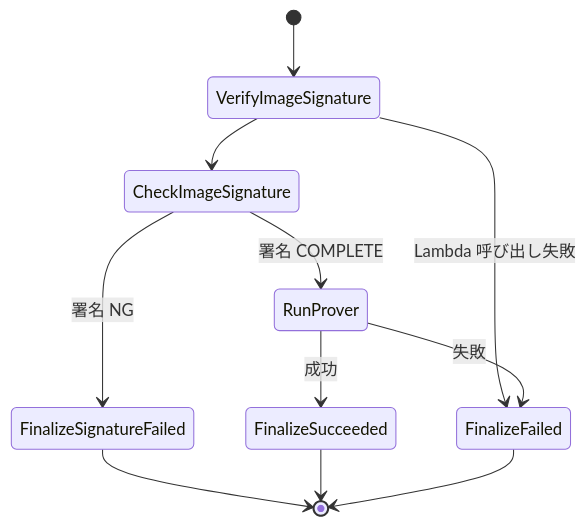
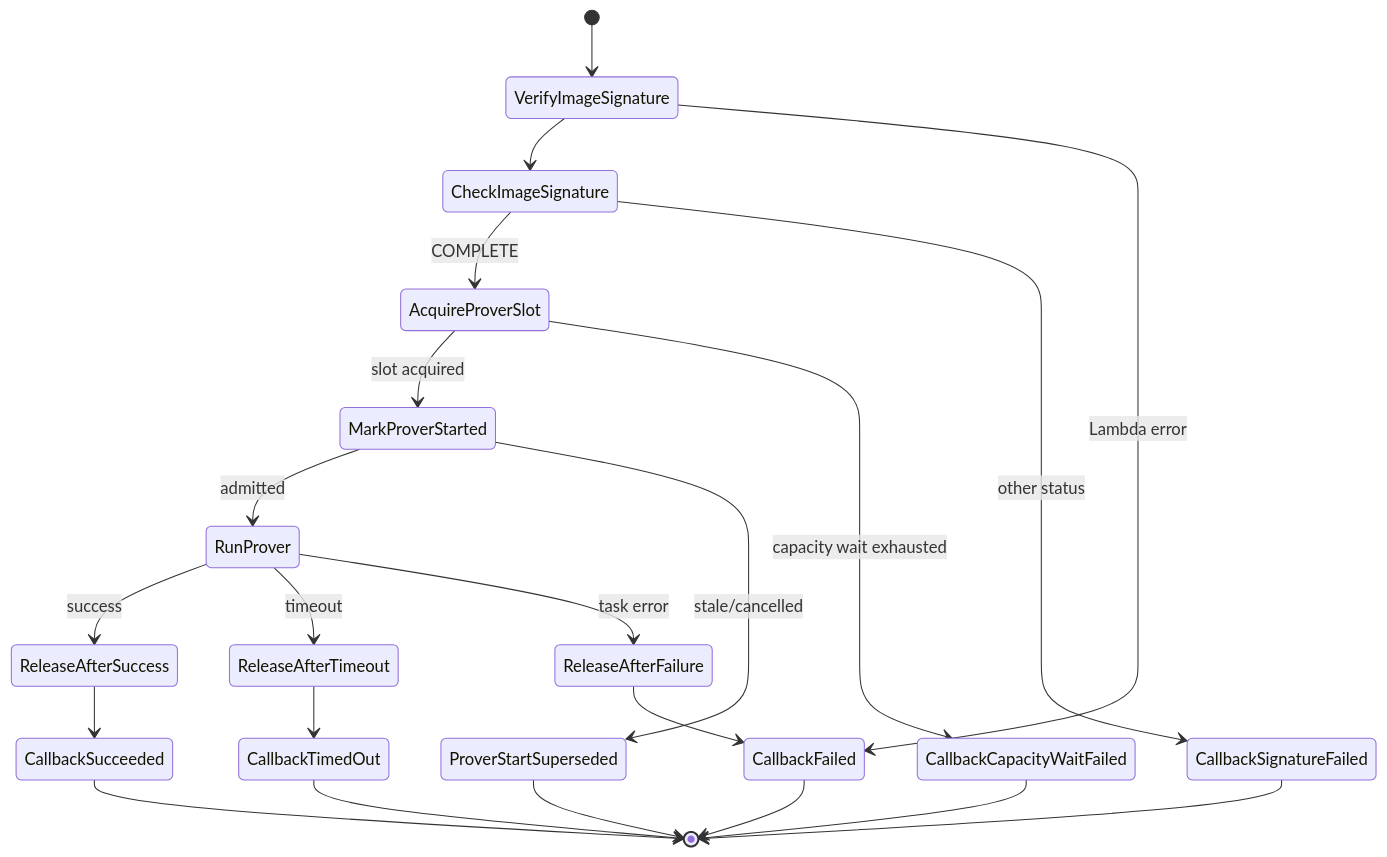
The second of 3 diagrams in public-book/src/aws/async-prover.md (hwatanabe-jp/stark-ballot-simulator-public), drawn with Mermaid before and after one commit. The commit also changed other lines of this file and 1491 other files, not shown here.

````diff
--- a/public-book/src/aws/async-prover.md
+++ b/public-book/src/aws/async-prover.md
@@ -73,13 +84,24 @@
 ```mermaid
 stateDiagram-v2
   [*] --> VerifyImageSignature
   VerifyImageSignature --> CheckImageSignature
-  VerifyImageSignature --> FinalizeFailed: Lambda 呼び出し失敗
-  CheckImageSignature --> RunProver: 署名 COMPLETE
-  CheckImageSignature --> FinalizeSignatureFailed: 署名 NG
-  RunProver --> FinalizeSucceeded: 成功
-  RunProver --> FinalizeFailed: 失敗
-  FinalizeSignatureFailed --> [*]
-  FinalizeSucceeded --> [*]
-  FinalizeFailed --> [*]
+  VerifyImageSignature --> CallbackFailed: Lambda error
+  CheckImageSignature --> AcquireProverSlot: COMPLETE
+  CheckImageSignature --> CallbackSignatureFailed: other status
+  AcquireProverSlot --> MarkProverStarted: slot acquired
+  AcquireProverSlot --> CallbackCapacityWaitFailed: capacity wait exhausted
+  MarkProverStarted --> RunProver: admitted
+  MarkProverStarted --> ProverStartSuperseded: stale/cancelled
+  RunProver --> ReleaseAfterSuccess: success
+  RunProver --> ReleaseAfterTimeout: timeout
+  RunProver --> ReleaseAfterFailure: task error
+  ReleaseAfterSuccess --> CallbackSucceeded
+  ReleaseAfterTimeout --> CallbackTimedOut
+  ReleaseAfterFailure --> CallbackFailed
+  CallbackSucceeded --> [*]
+  CallbackTimedOut --> [*]
+  CallbackSignatureFailed --> [*]
+  CallbackFailed --> [*]
+  CallbackCapacityWaitFailed --> [*]
+  ProverStartSuperseded --> [*]
 ```
````
